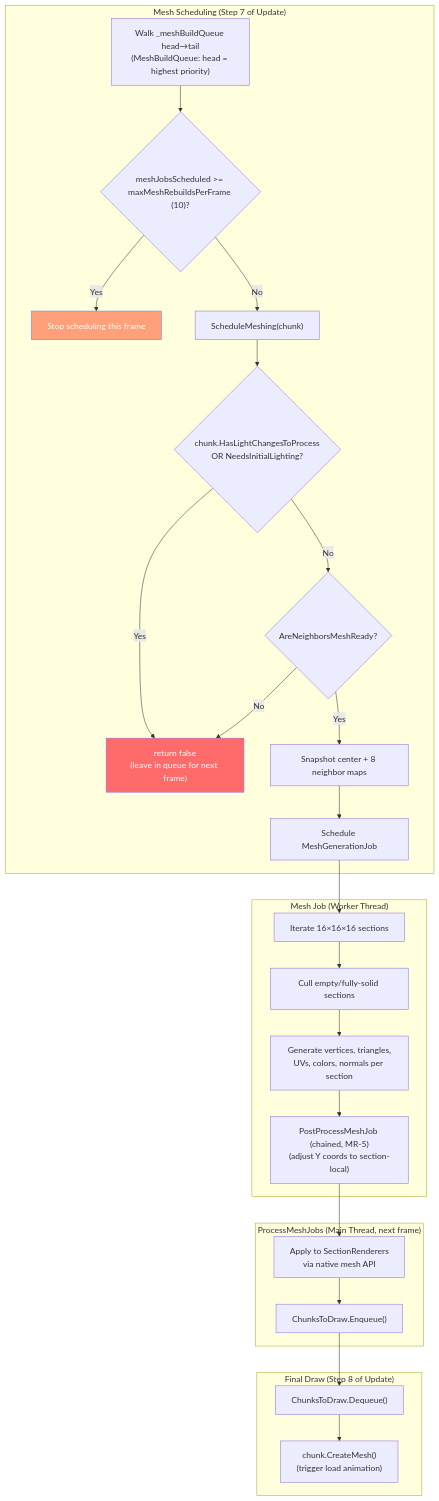
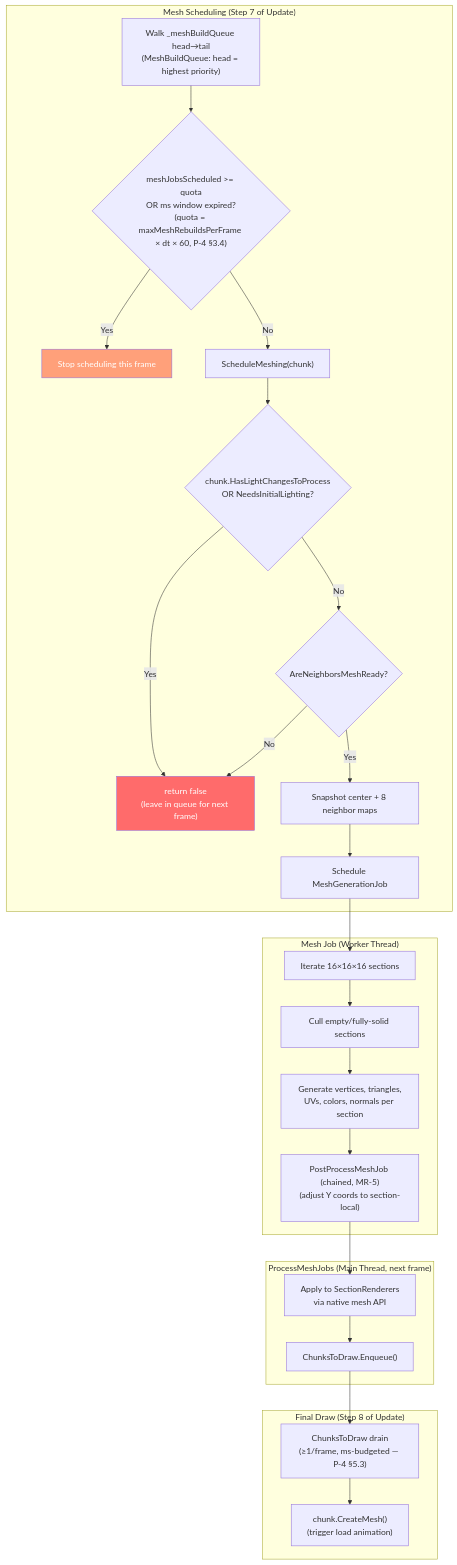
Before and after one commit to A-Van-Gestel/Unity-Minecraft_Clone: the fifth of 8 diagrams in Documentation/Architecture/CHUNK_LIFECYCLE_PIPELINE.md, drawn with Mermaid. The commit also changed other lines of this file and 3 other files, not shown here.

````diff
--- a/Documentation/Architecture/CHUNK_LIFECYCLE_PIPELINE.md
+++ b/Documentation/Architecture/CHUNK_LIFECYCLE_PIPELINE.md
@@ -357,35 +369,35 @@
 ```mermaid
 flowchart TD
     subgraph "Mesh Scheduling (Step 7 of Update)"
         M1["Walk _meshBuildQueue head→tail<br/>(MeshBuildQueue: head = highest priority)"]
-        M1 --> M2{"meshJobsScheduled >= maxMeshRebuildsPerFrame (10)?"}
+        M1 --> M2{"meshJobsScheduled >= quota<br/>OR ms window expired?<br/>(quota = maxMeshRebuildsPerFrame × dt × 60, P-4 §3.4)"}
         M2 -- Yes --> M_DONE["Stop scheduling this frame"]
         M2 -- No --> M3["ScheduleMeshing(chunk)"]
         M3 --> M4{"chunk.HasLightChangesToProcess<br/>OR NeedsInitialLighting?"}
         M4 -- Yes --> M_SKIP["return false<br/>(leave in queue for next frame)"]
         M4 -- No --> M5{"AreNeighborsMeshReady?"}
         M5 -- No --> M_SKIP
         M5 -- Yes --> M6["Snapshot center + 8 neighbor maps"]
         M6 --> M7["Schedule MeshGenerationJob"]
     end
 
     subgraph "Mesh Job (Worker Thread)"
         M7 --> MJ1["Iterate 16×16×16 sections"]
         MJ1 --> MJ2["Cull empty/fully-solid sections"]
         MJ2 --> MJ3["Generate vertices, triangles,<br/>UVs, colors, normals per section"]
         MJ3 --> MP1["PostProcessMeshJob (chained, MR-5)<br/>(adjust Y coords to section-local)"]
     end
 
     subgraph "ProcessMeshJobs (Main Thread, next frame)"
         MP1 --> MP2["Apply to SectionRenderers<br/>via native mesh API"]
         MP2 --> MP3["ChunksToDraw.Enqueue()"]
     end
 
     subgraph "Final Draw (Step 8 of Update)"
-        MP3 --> FD1["ChunksToDraw.Dequeue()"]
+        MP3 --> FD1["ChunksToDraw drain<br/>(≥1/frame, ms-budgeted — P-4 §5.3)"]
         FD1 --> FD2["chunk.CreateMesh()<br/>(trigger load animation)"]
     end
 
     style M_SKIP fill: #ff6b6b, color: #fff
     style M_DONE fill: #ffa07a, color: #fff
 ```
````
